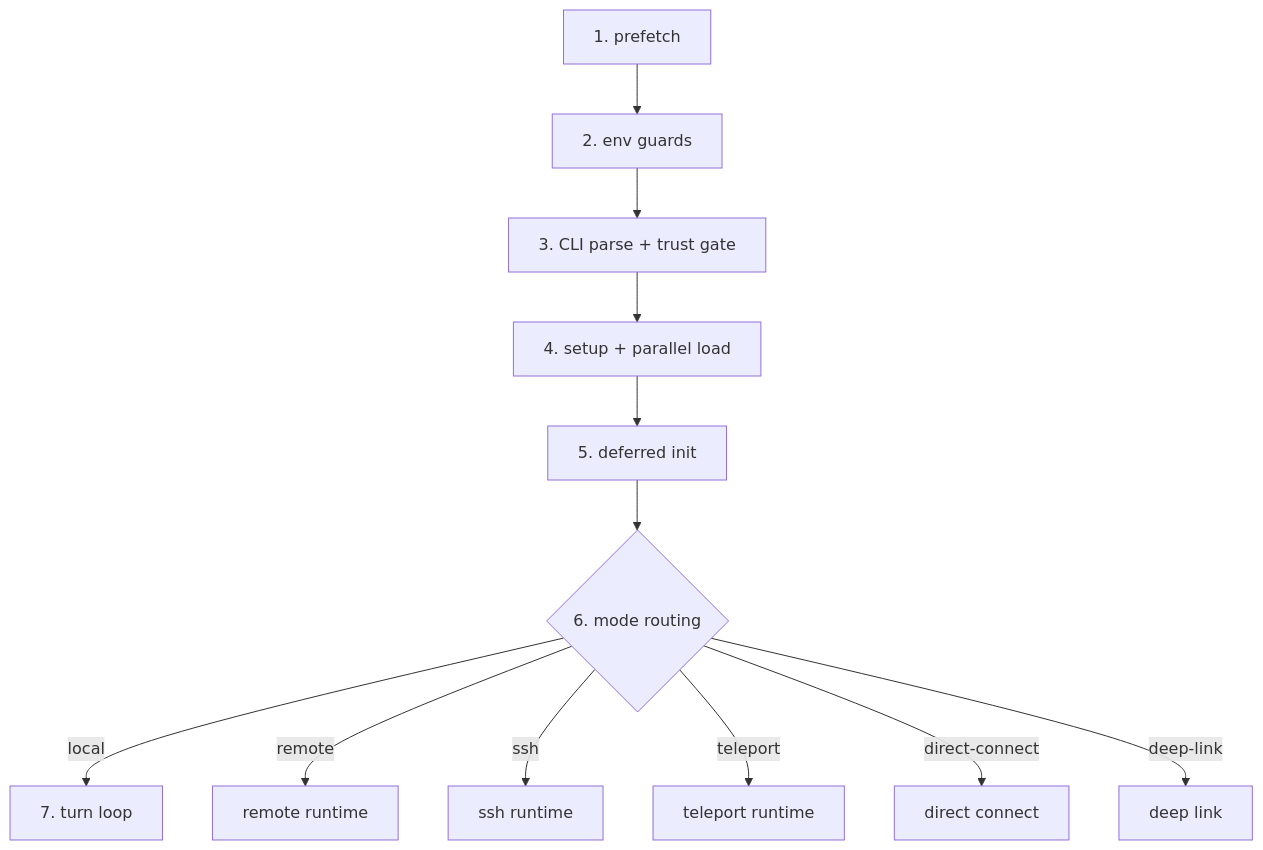
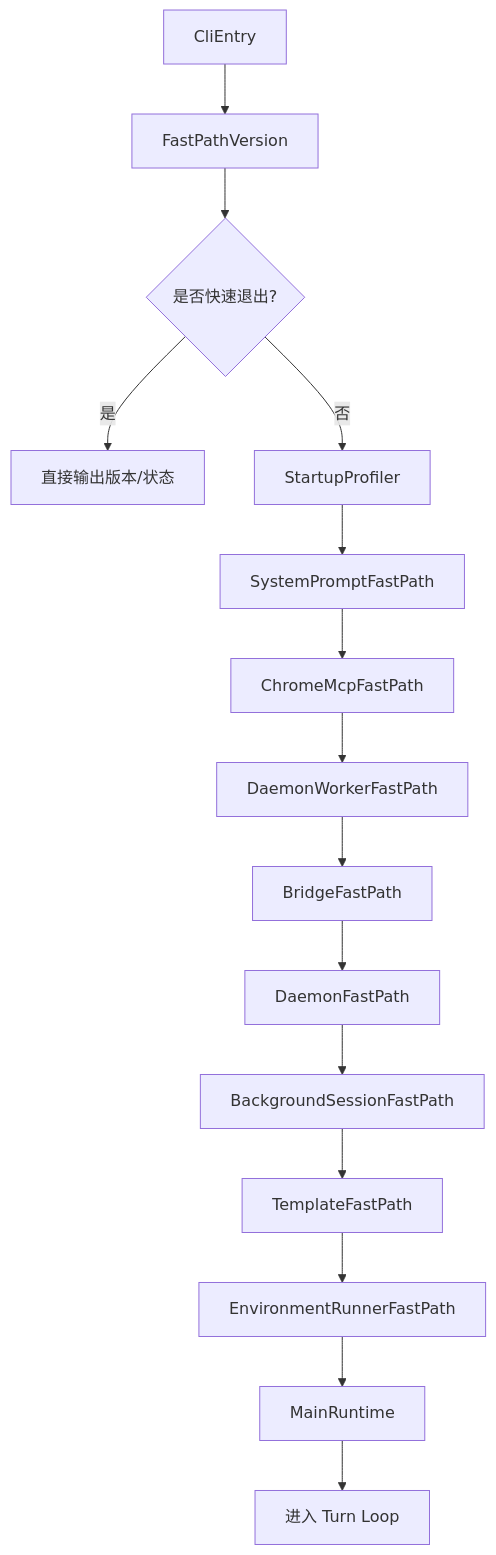
Before and after one commit to learner330/claw-code-book: the diagram in chapter-04/startup.md, drawn with Mermaid. The commit also changed other lines of this file and 33 other files, not shown here.

````diff
--- a/chapter-04/startup.md
+++ b/chapter-04/startup.md
@@ -227,14 +158,17 @@
 ```mermaid
 graph TD
-    A[1. prefetch] --> B[2. env guards]
-    B --> C[3. CLI parse + trust gate]
-    C --> D[4. setup + parallel load]
-    D --> E[5. deferred init]
-    E --> F{6. mode routing}
-    F -->|local| G[7. turn loop]
-    F -->|remote| H[remote runtime]
-    F -->|ssh| I[ssh runtime]
-    F -->|teleport| J[teleport runtime]
-    F -->|direct-connect| K[direct connect]
-    F -->|deep-link| L[deep link]
+    A[CliEntry] --> B[FastPathVersion]
+    B --> C{是否快速退出?}
+    C -->|是| D[直接输出版本/状态]
+    C -->|否| E[StartupProfiler]
+    E --> F[SystemPromptFastPath]
+    F --> G[ChromeMcpFastPath]
+    G --> H[DaemonWorkerFastPath]
+    H --> I[BridgeFastPath]
+    I --> J[DaemonFastPath]
+    J --> K[BackgroundSessionFastPath]
+    K --> L[TemplateFastPath]
+    L --> M[EnvironmentRunnerFastPath]
+    M --> N[MainRuntime]
+    N --> O[进入 Turn Loop]
 ```
````
